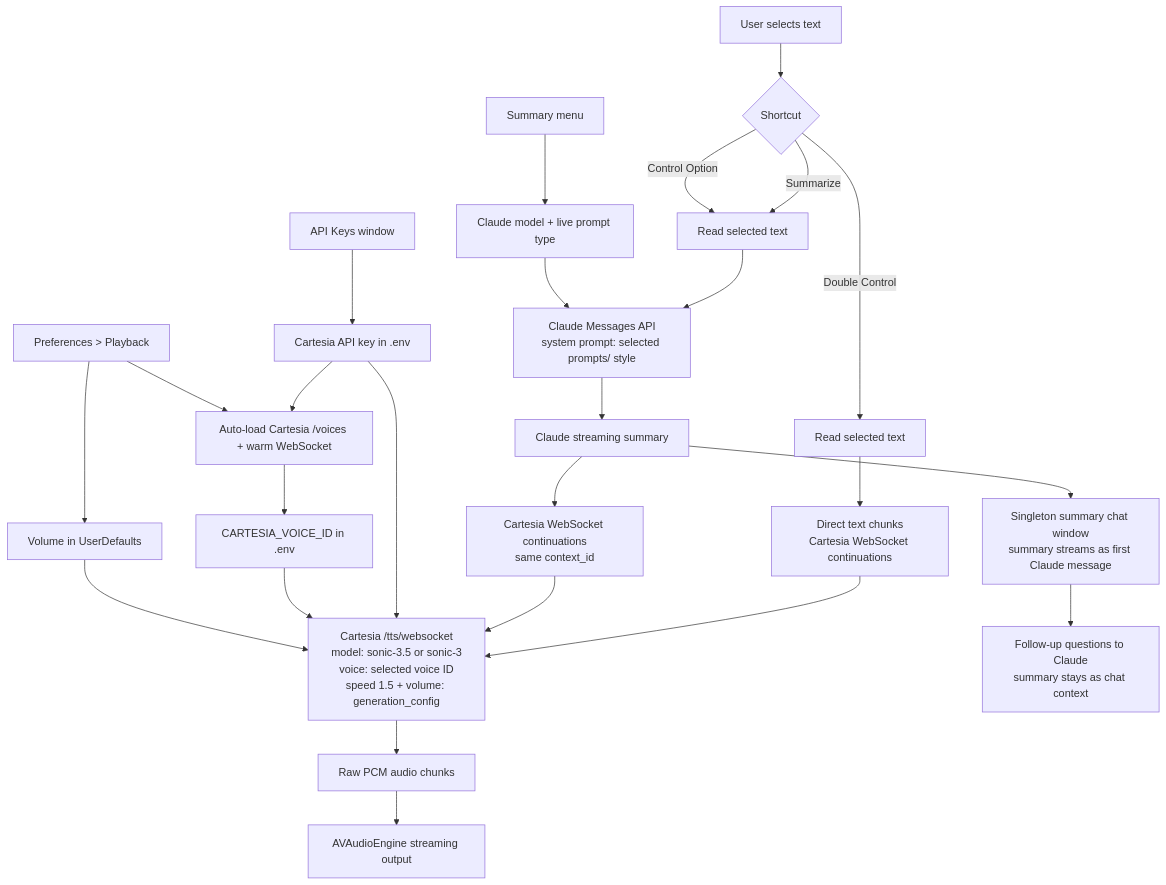
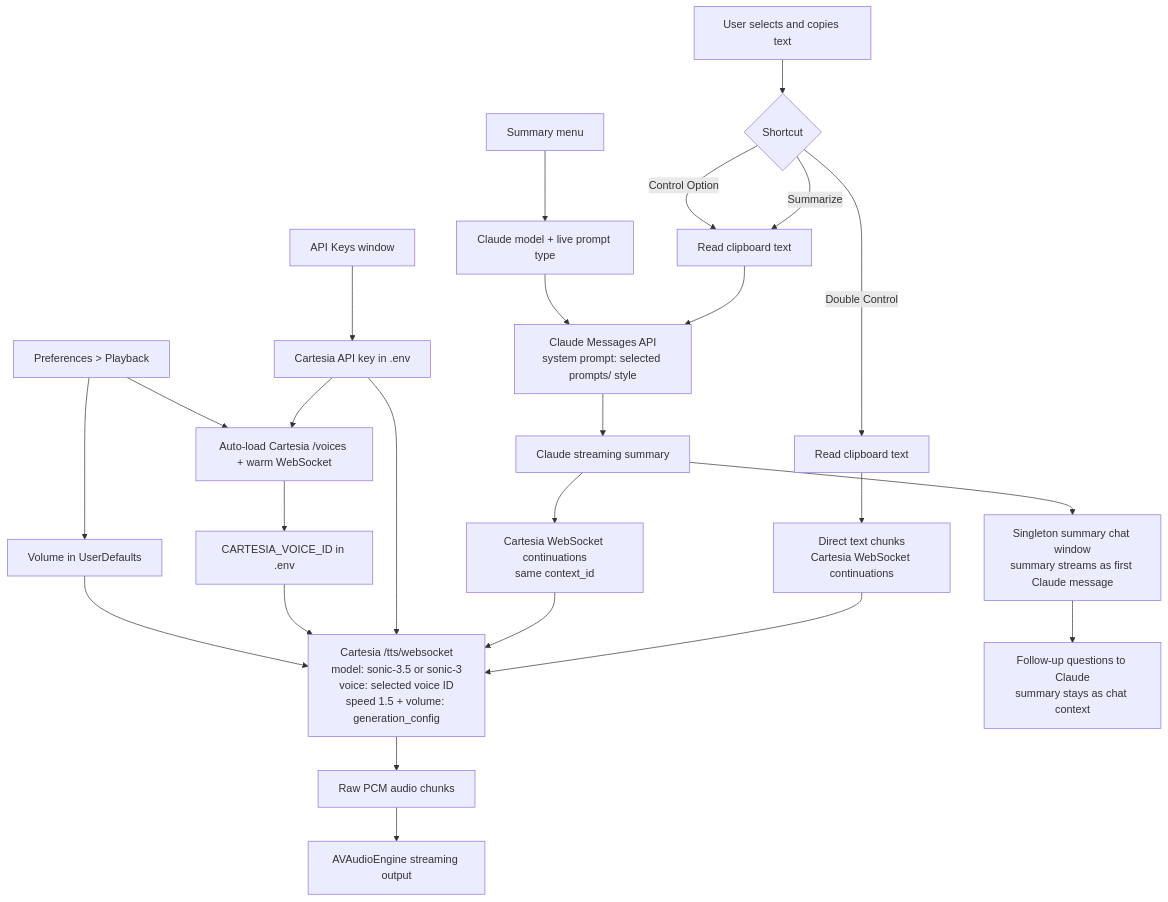
Before and after one commit to jackieoliver/ai-reader-native: the diagram in README.md, drawn with Mermaid. The commit also changed other lines of this file and 8 other files, not shown here.

````diff
--- a/README.md
+++ b/README.md
@@ -27,28 +24,28 @@
 ```mermaid
 flowchart TD
-  A["User selects text"] --> B{"Shortcut"}
-  B -->|"Double Control"| C["Read selected text"]
-  B -->|"Summarize"| D["Read selected text"]
+  A["User selects and copies text"] --> B{"Shortcut"}
+  B -->|"Double Control"| C["Read clipboard text"]
+  B -->|"Summarize"| D["Read clipboard text"]
   B -->|"Control Option"| D
   C --> E1["Direct text chunks<br/>Cartesia WebSocket continuations"]
   E1 --> E["Cartesia /tts/websocket<br/>model: sonic-3.5 or sonic-3<br/>voice: selected voice ID<br/>speed 1.5 + volume: generation_config"]
   D --> F["Claude Messages API<br/>system prompt: selected prompts/ style"]
   F --> G["Claude streaming summary"]
   G --> S["Singleton summary chat window<br/>summary streams as first Claude message"]
   S --> T["Follow-up questions to Claude<br/>summary stays as chat context"]
   G --> E2["Cartesia WebSocket continuations<br/>same context_id"]
   E2 --> E
   E --> H["Raw PCM audio chunks"]
   H --> I["AVAudioEngine streaming output"]
 
   J["API Keys window"] --> K["Cartesia API key in .env"]
   K --> L["Auto-load Cartesia /voices + warm WebSocket"]
   N["Preferences > Playback"] --> L
   L --> M["CARTESIA_VOICE_ID in .env"]
   N --> O["Volume in UserDefaults"]
   P["Summary menu"] --> Q["Claude model + live prompt type"]
   Q --> F
   K --> E
   M --> E
   O --> E
 ```
````
